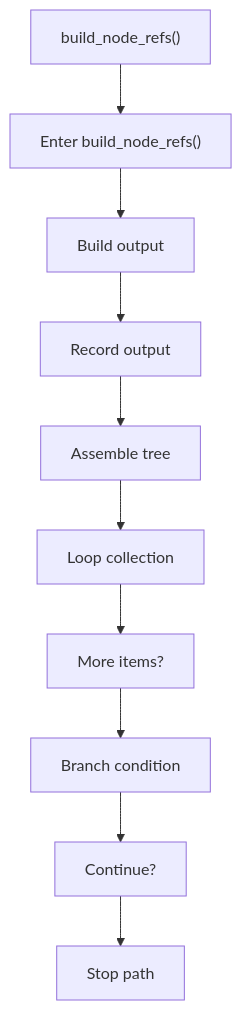
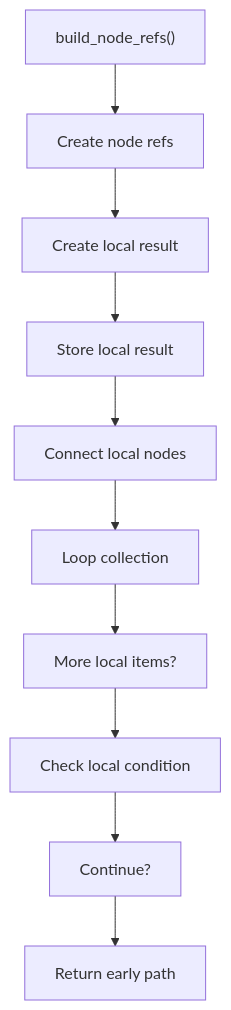
One commit to JohnAndrewBalbarosa/NeoTerritory changed the first of 2 diagrams in docs/Codebase/Microservice/Modules/Source/HashingMechanism/HashLinks/Collect/Flow/functions/build_node_refs.cpp.md. Above: the diagram before and after it, drawn with Mermaid. The commit also changed other lines of this file and 915 other files, not shown here.

````diff
--- a/docs/Codebase/Microservice/Modules/Source/HashingMechanism/HashLinks/Collect/Flow/functions/build_node_refs.cpp.md
+++ b/docs/Codebase/Microservice/Modules/Source/HashingMechanism/HashLinks/Collect/Flow/functions/build_node_refs.cpp.md
@@ -27,22 +27,22 @@
 ```mermaid
 flowchart TD
     N0["build_node_refs()"]
-    N1["Enter build_node_refs()"]
-    N2["Build output"]
-    N3["Record output"]
-    N4["Assemble tree"]
+    N1["Create node refs"]
+    N2["Create local result"]
+    N3["Store local result"]
+    N4["Connect local nodes"]
     N5["Loop collection"]
-    N6["More items?"]
-    N7["Branch condition"]
+    N6["More local items?"]
+    N7["Check local condition"]
     N8["Continue?"]
-    N9["Stop path"]
+    N9["Return early path"]
     N0 --> N1
     N1 --> N2
     N2 --> N3
     N3 --> N4
     N4 --> N5
     N5 --> N6
     N6 --> N7
     N7 --> N8
     N8 --> N9
 ```
````
